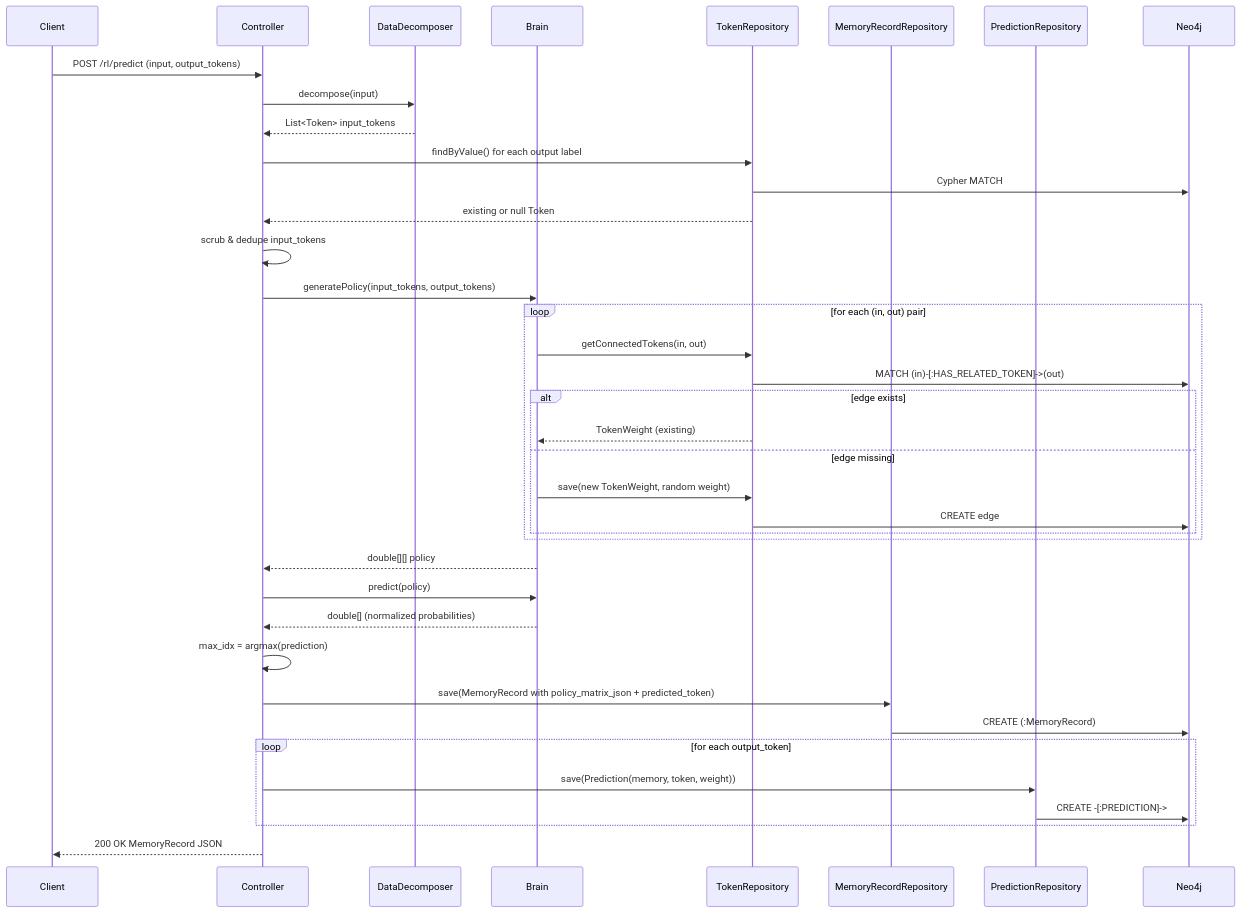
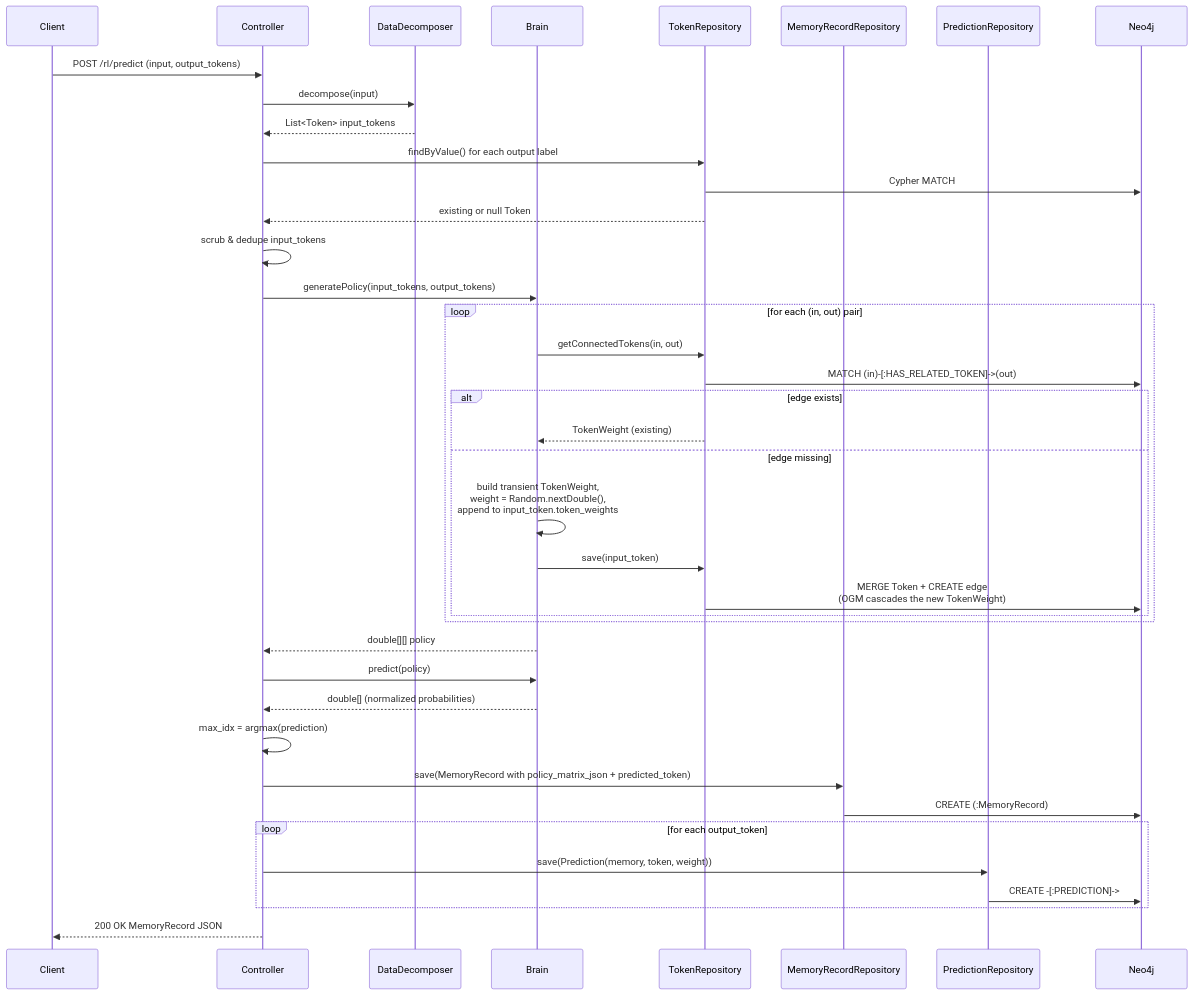
Before and after one commit to brandonkindred/Deepthought: the fourth of 4 diagrams in docs/PREDICT_ENDPOINT.md, drawn with Mermaid. The commit also changed 1 other file, not shown here.

Commit message:
docs: tighten learn-time reads and predict cold-start persistence
Two PR #41 review fixes on the pre-existing per-endpoint docs:

- LEARN_ENDPOINT §7: corrected the claim that PREDICTION edges are
  read during learn. Brain.learn only inspects getPredictedToken,
  getOutputTokenKeys, and getInputTokenValues; it never iterates
  memory.getPredictions(). OGM may hydrate the relationship list when
  findById runs, but that is session bookkeeping, not a behavioral
  dependency — learning still works if the PREDICTION audit edges are
  missing. Split the bullet so PREDICTED (read for the reward bucket)
  is documented separately from PREDICTION (audit-only, not read).
- PREDICT_ENDPOINT §5 sequence diagram: cold-start path doesn't call
  TokenRepository.save on a new TokenWeight; Brain.generatePolicy
  builds a transient TokenWeight, appends it to the input token's
  token_weights list, and calls token_repo.save(input_token) so OGM
  cascades the relationship. Updated the "edge missing" branch to
  show the parent-token save and the OGM-cascade comment.

https://claude.ai/code/session_01C8X34NqSuSXZmyBsGztRbA

````diff
--- a/docs/PREDICT_ENDPOINT.md
+++ b/docs/PREDICT_ENDPOINT.md
@@ -265,41 +265,42 @@
 ```mermaid
 sequenceDiagram
     participant C as Client
     participant Ctl as Controller
     participant DD as DataDecomposer
     participant B as Brain
     participant TR as TokenRepository
     participant MR as MemoryRecordRepository
     participant PR as PredictionRepository
     participant N as Neo4j
 
     C->>Ctl: POST /rl/predict (input, output_tokens)
     Ctl->>DD: decompose(input)
     DD-->>Ctl: List<Token> input_tokens
     Ctl->>TR: findByValue() for each output label
     TR->>N: Cypher MATCH
     TR-->>Ctl: existing or null Token
     Ctl->>Ctl: scrub & dedupe input_tokens
     Ctl->>B: generatePolicy(input_tokens, output_tokens)
     loop for each (in, out) pair
         B->>TR: getConnectedTokens(in, out)
         TR->>N: MATCH (in)-[:HAS_RELATED_TOKEN]->(out)
         alt edge exists
             TR-->>B: TokenWeight (existing)
         else edge missing
-            B->>TR: save(new TokenWeight, random weight)
-            TR->>N: CREATE edge
+            B->>B: build transient TokenWeight,<br/>weight = Random.nextDouble(),<br/>append to input_token.token_weights
+            B->>TR: save(input_token)
+            TR->>N: MERGE Token + CREATE edge<br/>(OGM cascades the new TokenWeight)
         end
     end
     B-->>Ctl: double[][] policy
     Ctl->>B: predict(policy)
     B-->>Ctl: double[] (normalized probabilities)
     Ctl->>Ctl: max_idx = argmax(prediction)
     Ctl->>MR: save(MemoryRecord with policy_matrix_json + predicted_token)
     MR->>N: CREATE (:MemoryRecord)
     loop for each output_token
         Ctl->>PR: save(Prediction(memory, token, weight))
         PR->>N: CREATE -[:PREDICTION]->
     end
     Ctl-->>C: 200 OK MemoryRecord JSON
 ```
````
